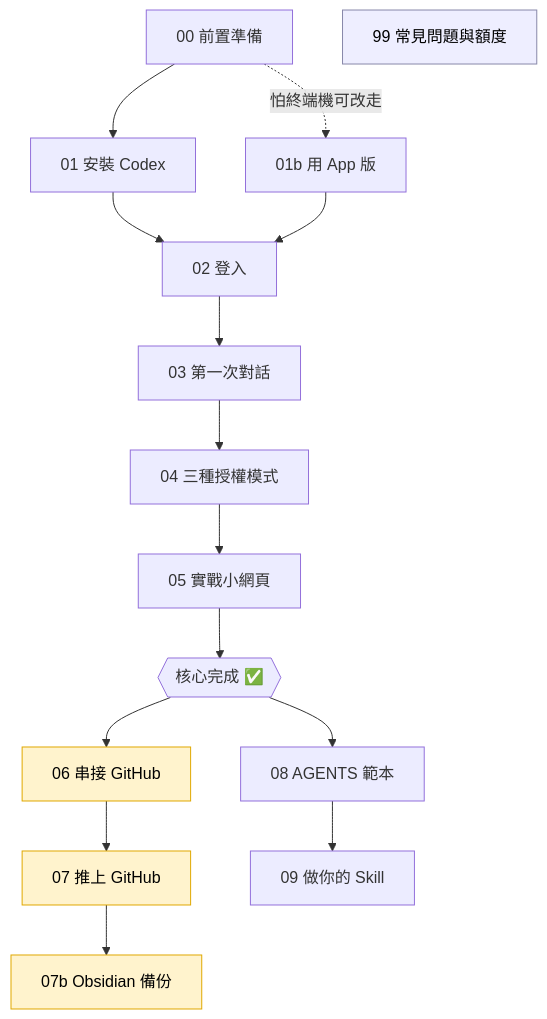
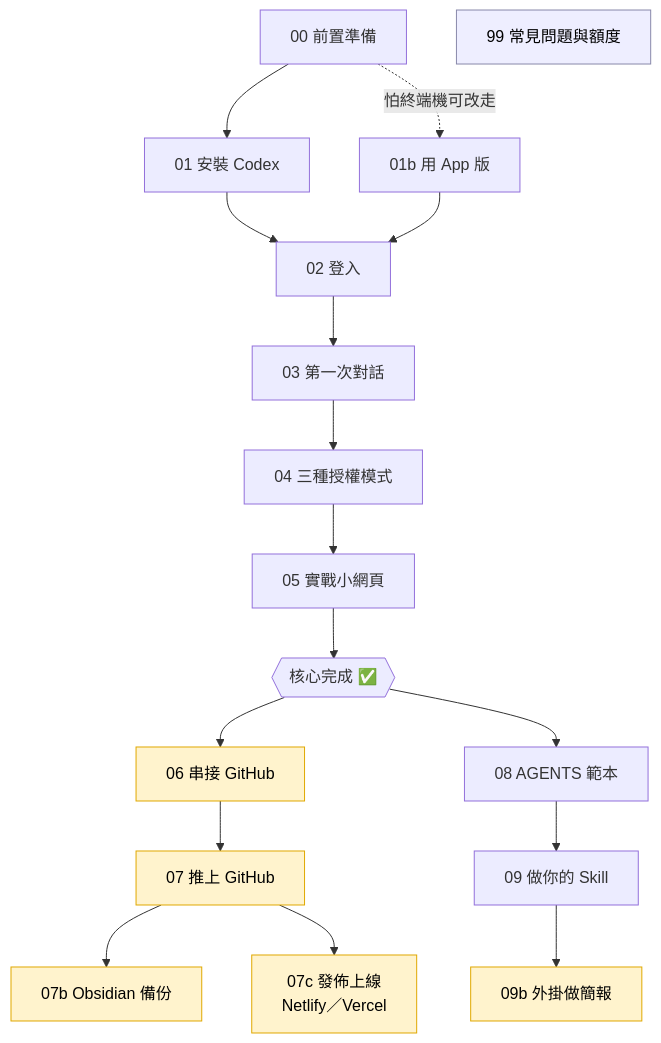
The diagram in README.md (hk6429/codex-starter-tw), drawn with Mermaid before and after one commit. The commit also changed other lines of this file and 3 other files, not shown here.

````diff
--- a/README.md
+++ b/README.md
@@ -32,21 +34,23 @@
 ```mermaid
 flowchart TD
     A[00 前置準備] --> B[01 安裝 Codex]
     A -. 怕終端機可改走 .-> B2[01b 用 App 版]
     B --> C[02 登入]
     B2 --> C
     C --> D[03 第一次對話]
     D --> E[04 三種授權模式]
     E --> F[05 實戰小網頁]
     F --> CORE{{核心完成 ✅}}
     CORE --> G[06 串接 GitHub]
     G --> H[07 推上 GitHub]
     H --> H2[07b Obsidian 備份]
+    H --> H3[07c 發佈上線<br/>Netlify／Vercel]
     CORE --> I[08 AGENTS 範本]
     I --> J[09 做你的 Skill]
+    J --> J2[09b 外掛做簡報]
     Q[99 常見問題與額度]
     classDef adv fill:#fff3cd,stroke:#e0a800,color:#000;
     classDef side fill:#eef,stroke:#88a,color:#000;
-    class G,H,H2 adv;
+    class G,H,H2,H3,J2 adv;
     class Q side;
 ```
````
